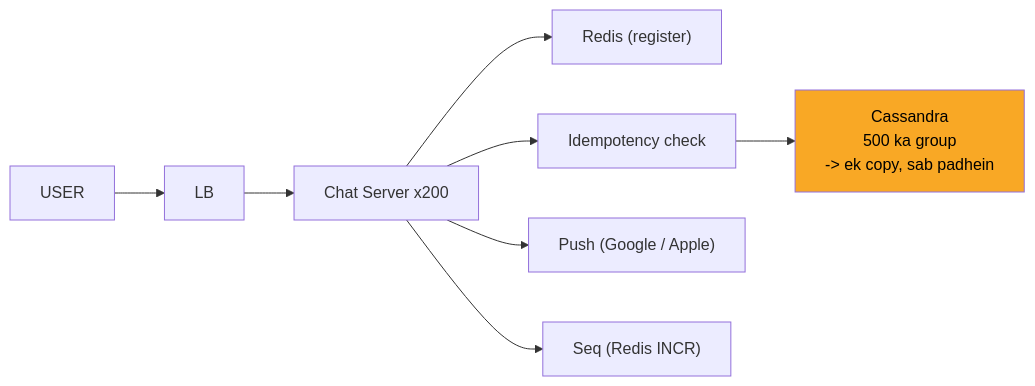
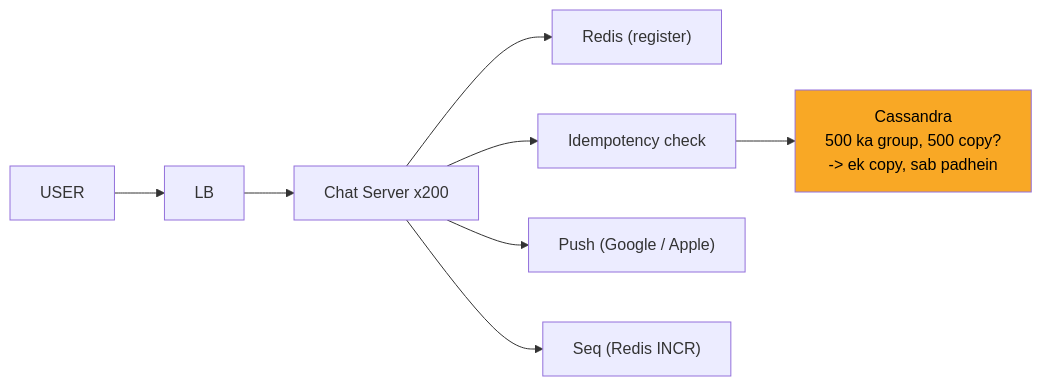
One commit to ArpanMaheshwari144/Prep changed the eighth of 12 diagrams in 04_HLD/SYSTEM_DESIGNS/14_chat_messaging/14_chat_messaging.md. Above: the diagram before and after it, drawn with Mermaid. The commit also changed other lines of this file, not shown here.

````diff
--- a/04_HLD/SYSTEM_DESIGNS/14_chat_messaging/14_chat_messaging.md
+++ b/04_HLD/SYSTEM_DESIGNS/14_chat_messaging/14_chat_messaging.md
@@ -322,19 +314,19 @@
 ```mermaid
 flowchart LR
     n_U["USER"]
     n_LB["LB"]
     n_CS["Chat Server x200"]
     n_R["Redis (register)"]
     n_I["Idempotency check"]
-    n_CA["Cassandra<br/>500 ka group<br/>-> ek copy, sab padhein"]
+    n_CA["Cassandra<br/>500 ka group, 500 copy?<br/>-> ek copy, sab padhein"]
     n_P["Push (Google / Apple)"]
     n_SQ["Seq (Redis INCR)"]
     n_U --> n_LB
     n_LB --> n_CS
     n_CS --> n_R
     n_CS --> n_I
     n_I --> n_CA
     n_CS --> n_P
     n_CS --> n_SQ
     style n_CA fill:#f9a825,color:#000
 ```
````
